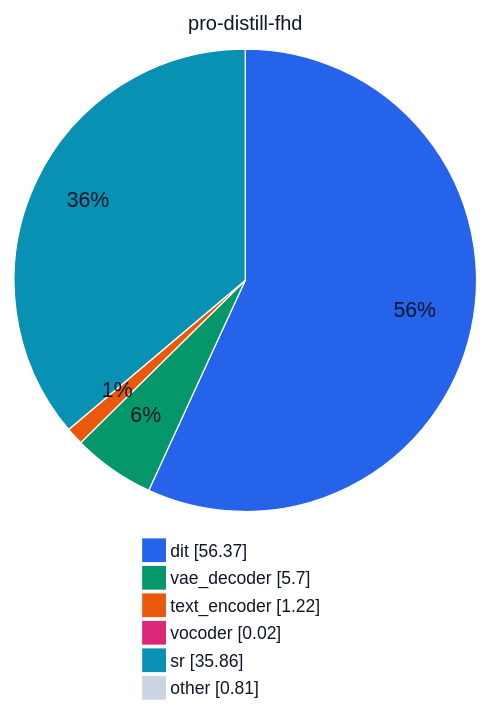
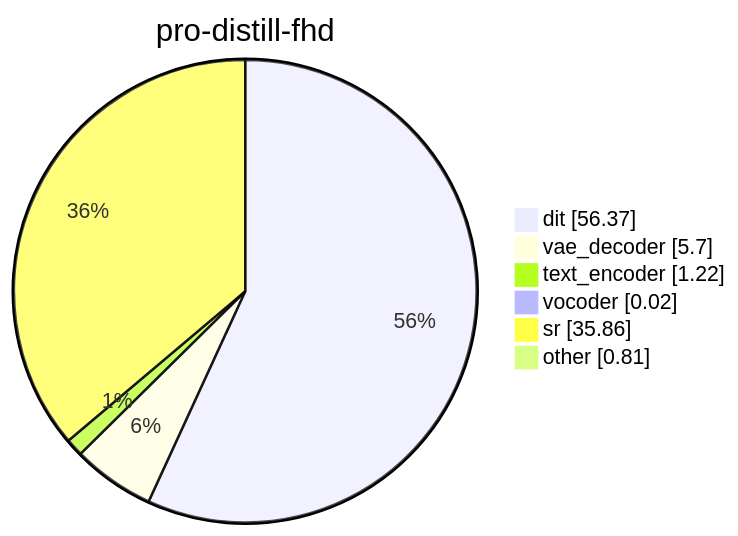
One commit to VilisovEvgeny/kandinsky-6 changed the fourth of 8 diagrams in docs/performance/rtx-5090.md. Above: the diagram before and after it, drawn with Mermaid. The commit also changed other lines of this file and 3 other files, not shown here.

````diff
--- a/docs/performance/rtx-5090.md
+++ b/docs/performance/rtx-5090.md
@@ -118,32 +46,10 @@
 ```mermaid
----
-config:
-  theme: base
-  pie:
-    legendPosition: bottom
-  themeVariables:
-    pieOpacity: 1
-    pieStrokeColor: "#ffffff"
-    pieStrokeWidth: "1px"
-    pieOuterStrokeColor: "#ffffff"
-    pieTitleTextSize: "16px"
-    pieTitleTextColor: "#0f172a"
-    pieLegendTextSize: "14px"
-    pieLegendTextColor: "#0f172a"
-    pieSectionTextColor: "#0f172a"
-    pie1: "#2563EB"
-    pie2: "#059669"
-    pie3: "#EA580C"
-    pie4: "#DB2777"
-    pie5: "#0891B2"
-    pie6: "#CBD5E1"
----
 pie showData
     title pro-distill-fhd
     "dit" : 56.37
     "vae_decoder" : 5.70
     "text_encoder" : 1.22
     "vocoder" : 0.02
     "sr" : 35.86
     "other" : 0.81
 ```
````
